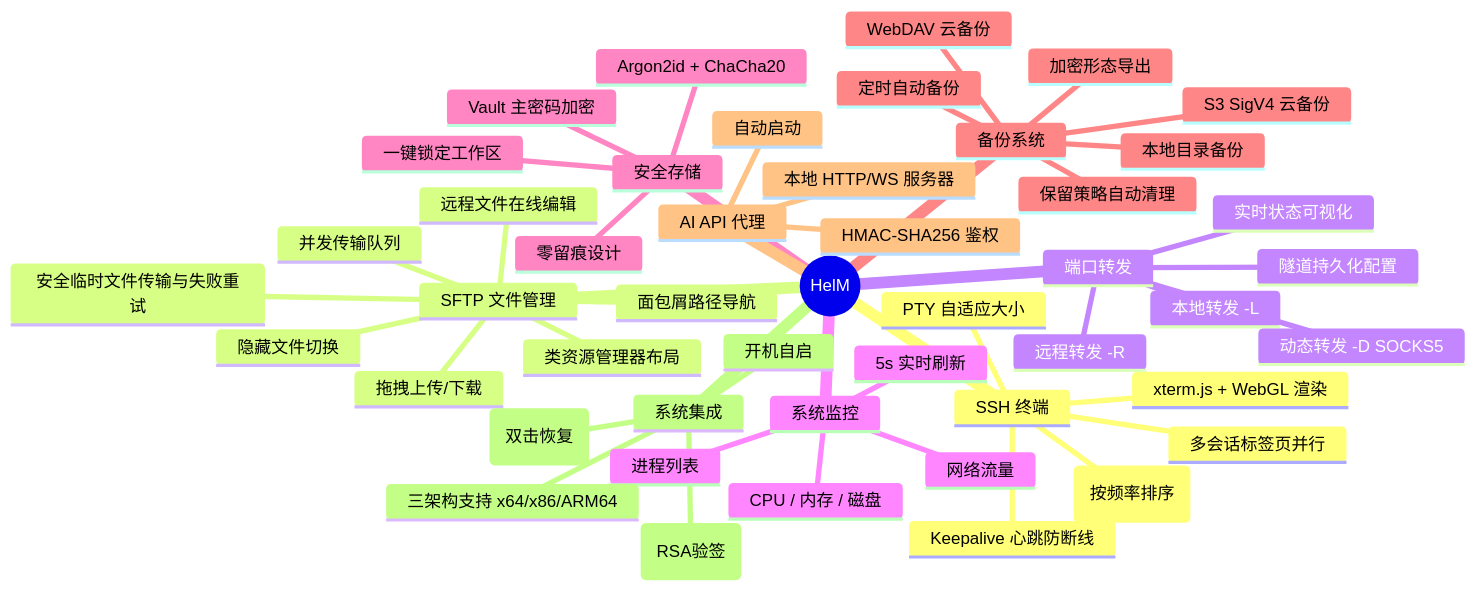
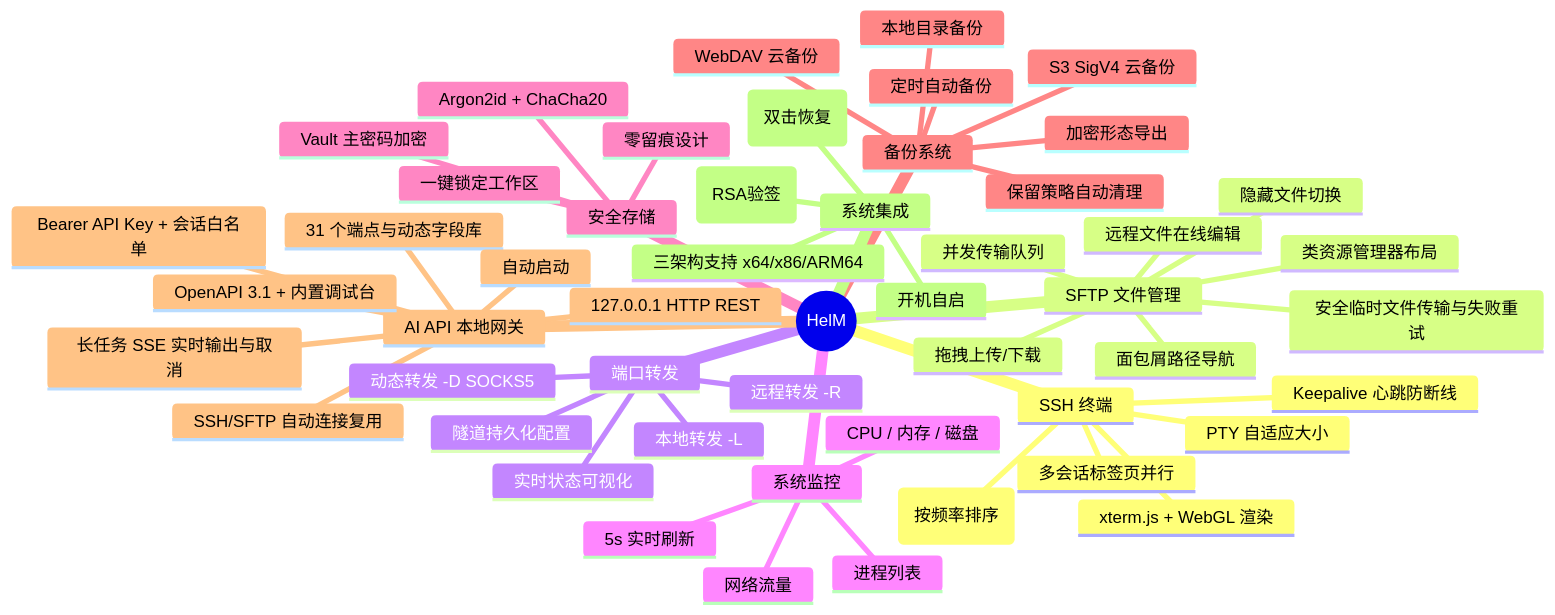
One commit to lookfeeb/Hlem_SSH changed diagram 15 of 15 in README.md. Above: the diagram before and after it, drawn with Mermaid. The commit also changed other lines of this file and 56 other files, not shown here.

````diff
--- a/README.md
+++ b/README.md
@@ -628,50 +766,54 @@
 ```mermaid
 mindmap
   root((HelM))
     SSH 终端
       多会话标签页并行
       xterm.js + WebGL 渲染
       常用命令面板(按频率排序)
       PTY 自适应大小
       Keepalive 心跳防断线
     SFTP 文件管理
       类资源管理器布局
       面包屑路径导航
       拖拽上传/下载
       并发传输队列
       安全临时文件传输与失败重试
       远程文件在线编辑
       隐藏文件切换
     端口转发
       本地转发 -L
       远程转发 -R
       动态转发 -D SOCKS5
       隧道持久化配置
       实时状态可视化
     系统监控
       CPU / 内存 / 磁盘
       网络流量
       进程列表
       5s 实时刷新
     安全存储
       Vault 主密码加密
       Argon2id + ChaCha20
       一键锁定工作区
       零留痕设计
     备份系统
       本地目录备份
       WebDAV 云备份
       S3 SigV4 云备份
       定时自动备份
       保留策略自动清理
       加密形态导出
-    AI API 代理
-      本地 HTTP/WS 服务器
-      HMAC-SHA256 鉴权
+    AI API 本地网关
+      127.0.0.1 HTTP REST
+      Bearer API Key + 会话白名单
+      31 个端点与动态字段库
+      OpenAPI 3.1 + 内置调试台
+      长任务 SSE 实时输出与取消
+      SSH/SFTP 自动连接复用
       自动启动
     系统集成
       系统托盘(双击恢复)
       开机自启
       自动更新(RSA验签)
       三架构支持 x64/x86/ARM64
 ```
````
